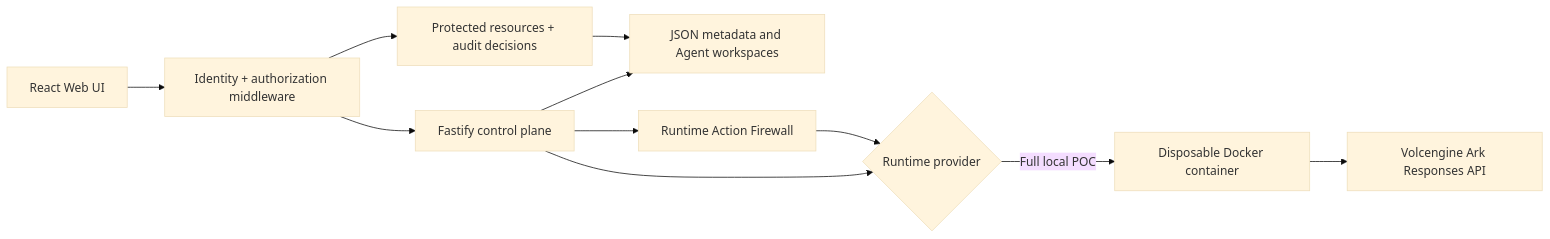
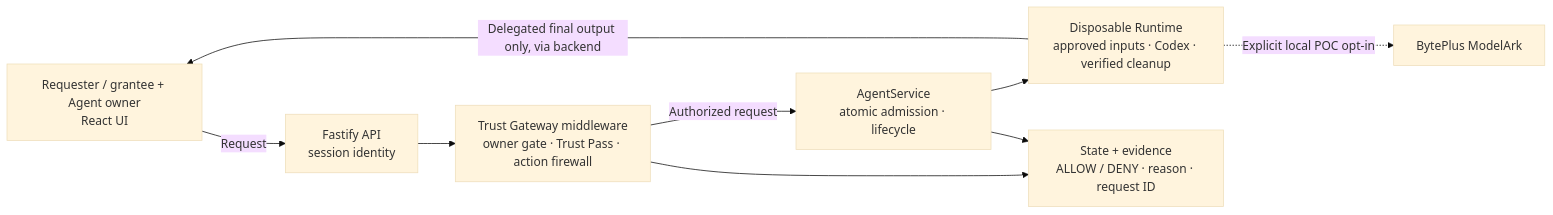
Before and after one commit to alsonsim/Agent_Trust_Gateway: the diagram in README.md, drawn with Mermaid (base theme).

Commit message:
Align the README architecture flow

````diff
--- a/README.md
+++ b/README.md
@@ -310,13 +310,11 @@
 ```mermaid
 flowchart LR
-    UI["React Web UI"] --> Auth["Identity + authorization middleware"]
-    Auth --> API["Fastify control plane"]
-    Auth --> Policy["Protected resources + audit decisions"]
-    Policy --> Store["Local JSON data"]
-    API --> Store["JSON metadata and Agent workspaces"]
-    API --> Firewall["Runtime Action Firewall"]
-    Firewall --> Runtime
-    API --> Runtime{"Runtime provider"}
-    Runtime -->|Full local POC| Container["Disposable Docker container"]
-    Container --> Ark["Volcengine Ark Responses API"]
+    UI["Requester / grantee + Agent owner<br/>React UI"] -->|Request| API["Fastify API<br/>session identity"]
+    API --> Gateway["Trust Gateway middleware<br/>owner gate · Trust Pass · action firewall"]
+    Gateway -->|Authorized request| Service["AgentService<br/>atomic admission · lifecycle"]
+    Service --> Runtime["Disposable Runtime<br/>approved inputs · Codex · verified cleanup"]
+    Runtime -.->|Explicit local POC opt-in| Model["BytePlus ModelArk"]
+    Runtime -->|Delegated final output only, via backend| UI
+    Gateway --> Evidence["State + evidence<br/>ALLOW / DENY · reason · request ID"]
+    Service --> Evidence
 ```
````
